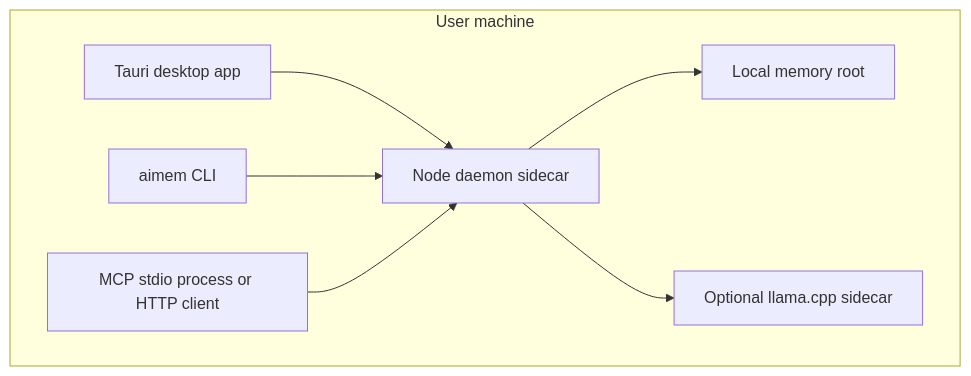
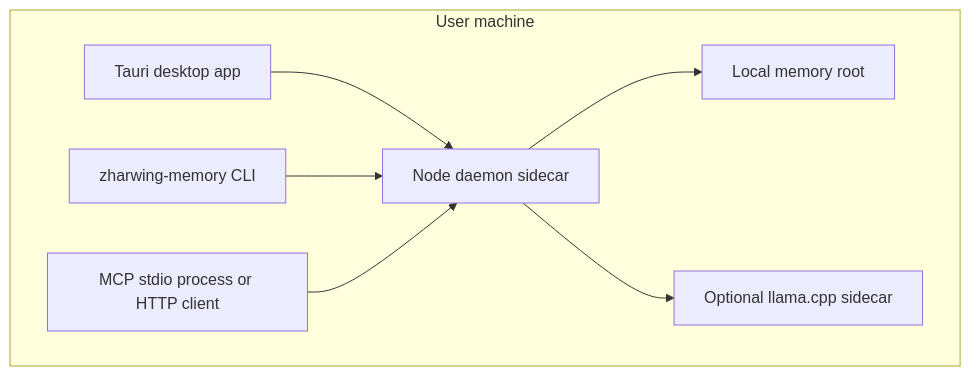
Before and after one commit to zharwing/memory: diagram 20 of 21 in docs/DIAGRAMS.md, drawn with Mermaid. The commit also changed other lines of this file and 112 other files, not shown here.

First line of the commit message:
feat!: rename to Zharwing Memory - @aimem/* becomes @zharwing/memory-*

````diff
--- a/docs/DIAGRAMS.md
+++ b/docs/DIAGRAMS.md
@@ -670,17 +670,17 @@
 ```mermaid
 flowchart TB
   subgraph UserMachine["User machine"]
     Desktop["Tauri desktop app"]
     Daemon["Node daemon sidecar"]
     MCP["MCP stdio process or HTTP client"]
-    CLI["aimem CLI"]
+    CLI["zharwing-memory CLI"]
     MemoryRoot["Local memory root"]
     LocalModel["Optional llama.cpp sidecar"]
   end
 
   Desktop --> Daemon
   CLI --> Daemon
   MCP --> Daemon
   Daemon --> MemoryRoot
   Daemon --> LocalModel
 ```
````
